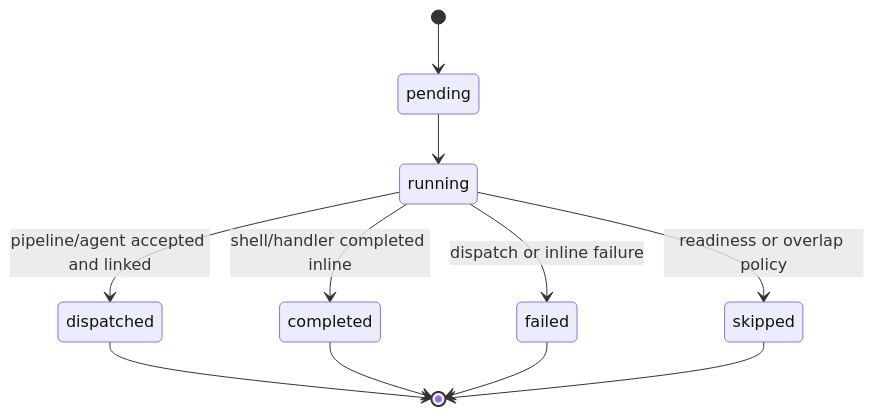
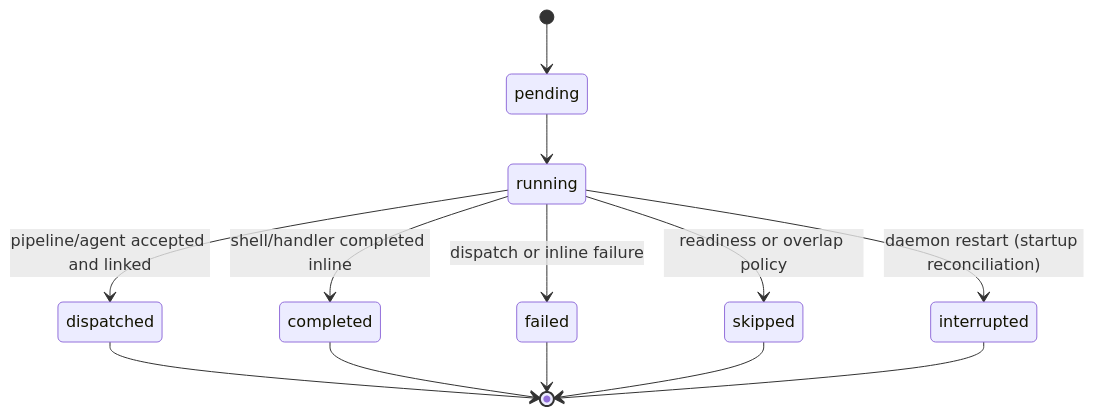
One commit to GobbyAI/gobby changed the diagram in docs/research/cron-durable-dispatch-semantics.md. Above: the diagram before and after it, drawn with Mermaid. The commit also changed other lines of this file and 22 other files, not shown here.

First line of the commit message:
[gobby-#21021] feat: interrupted cron runs and restart-protected dream lease

````diff
--- a/docs/research/cron-durable-dispatch-semantics.md
+++ b/docs/research/cron-durable-dispatch-semantics.md
@@ -28,13 +29,15 @@
 ```mermaid
 stateDiagram-v2
     [*] --> pending
     pending --> running
     running --> dispatched: pipeline/agent accepted and linked
     running --> completed: shell/handler completed inline
     running --> failed: dispatch or inline failure
     running --> skipped: readiness or overlap policy
+    running --> interrupted: daemon restart (startup reconciliation)
     dispatched --> [*]
     completed --> [*]
     failed --> [*]
     skipped --> [*]
+    interrupted --> [*]
 ```
````
